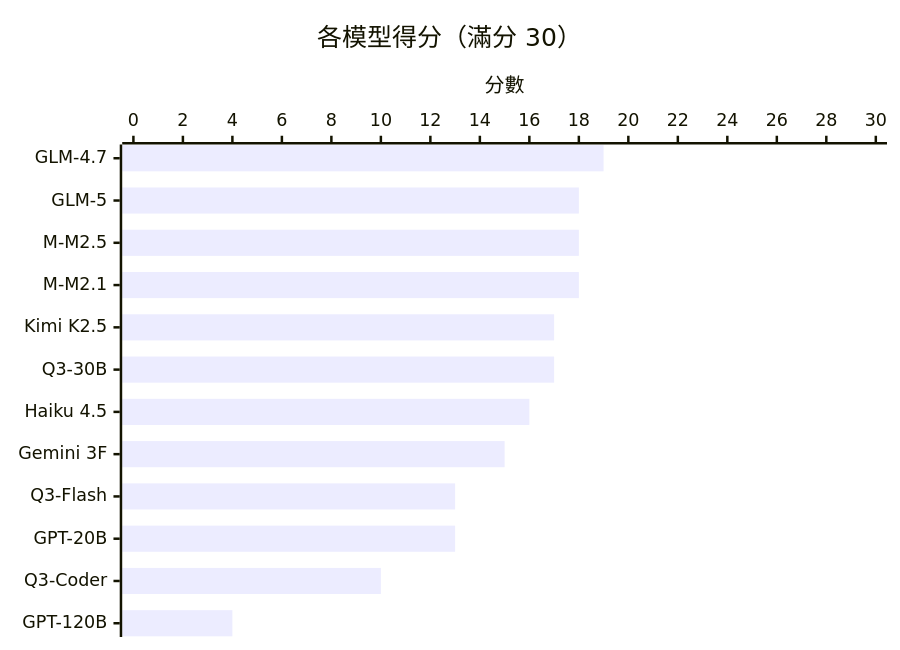
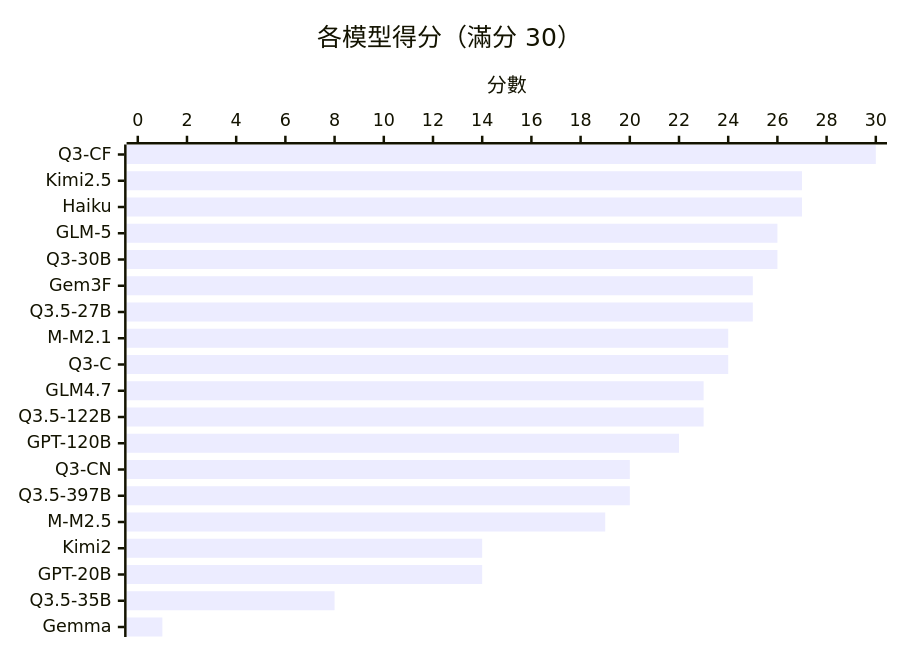
One commit to ywchiu/local_agentic_llm changed the first of 2 diagrams in README_zh.md. Above: the diagram before and after it, drawn with Mermaid. The commit also changed other lines of this file and 1 other file, not shown here.

````diff
--- a/README_zh.md
+++ b/README_zh.md
@@ -9,7 +9,7 @@
 ```mermaid
 xychart-beta horizontal
     title "各模型得分（滿分 30）"
-    x-axis ["GLM-4.7", "GLM-5", "M-M2.5", "M-M2.1", "Kimi K2.5", "Q3-30B", "Haiku 4.5", "Gemini 3F", "Q3-Flash", "GPT-20B", "Q3-Coder", "GPT-120B"]
+    x-axis ["Q3-CF", "Kimi2.5", "Haiku", "GLM-5", "Q3-30B", "Gem3F", "Q3.5-27B", "M-M2.1", "Q3-C", "GLM4.7", "Q3.5-122B", "GPT-120B", "Q3-CN", "Q3.5-397B", "M-M2.5", "Kimi2", "GPT-20B", "Q3.5-35B", "Gemma"]
     y-axis "分數" 0 --> 30
-    bar [19, 18, 18, 18, 17, 17, 16, 15, 13, 13, 10, 4]
+    bar [30, 27, 27, 26, 26, 25, 25, 24, 24, 23, 23, 22, 20, 20, 19, 14, 14, 8, 1]
 ```
````
